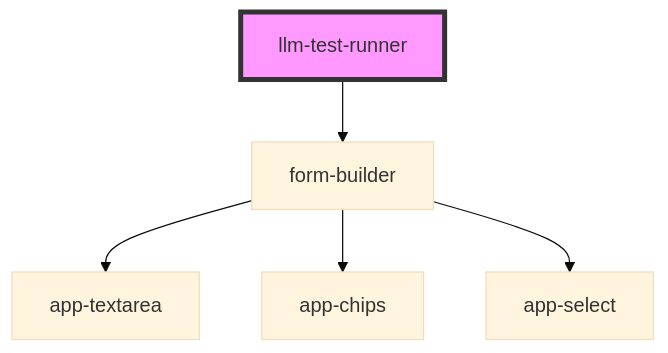
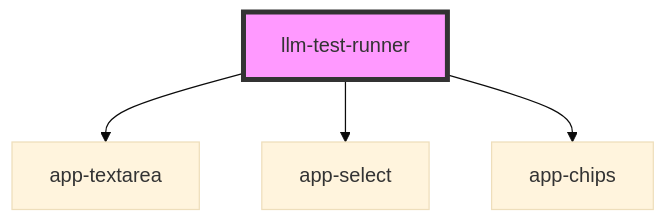
The diagram in src/components/llm-test-runner/readme.md (FluxonApps/llm-testrunner-lib), drawn with Mermaid (base theme) before and after one commit. The commit also changed other lines of this file and 25 other files, not shown here.

Commit message:
New expectedOutcome object with schema validation

````diff
--- a/src/components/llm-test-runner/readme.md
+++ b/src/components/llm-test-runner/readme.md
@@ -43,8 +46,7 @@
 ```mermaid
 graph TD;
-  llm-test-runner --> form-builder
-  form-builder --> app-textarea
-  form-builder --> app-chips
-  form-builder --> app-select
+  llm-test-runner --> app-textarea
+  llm-test-runner --> app-select
+  llm-test-runner --> app-chips
   style llm-test-runner fill:#f9f,stroke:#333,stroke-width:4px
 ```
````
